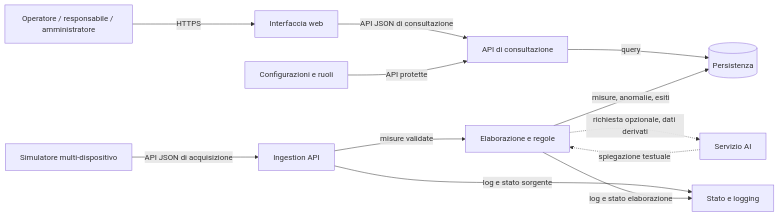
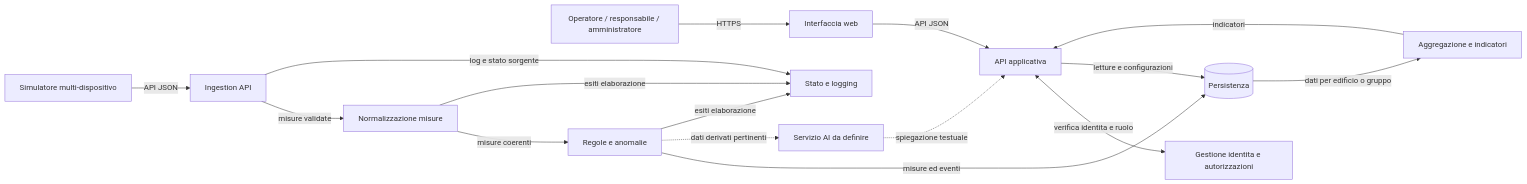
Before and after one commit to RickdoMasco/EnergyMonitor_UF14: the diagram in docs/architecture-v1.md, drawn with Mermaid. The commit also changed other lines of this file, not shown here.

Commit message:
Refine architecture documentation with updated component descriptions and data flow details

````diff
--- a/docs/architecture-v1.md
+++ b/docs/architecture-v1.md
@@ -42,14 +36,18 @@
 ```mermaid
 flowchart LR
-  Operatore[Operatore / responsabile / amministratore] -->|HTTPS| Web[Interfaccia web]
-  Web -->|API JSON di consultazione| ReadAPI[API di consultazione]
-  ReadAPI -->|query| DB[(Persistenza)]
-  Sim[Simulatore multi-dispositivo] -->|API JSON di acquisizione| Ingest[Ingestion API]
-  Ingest -->|misure validate| Process[Elaborazione e regole]
-  Process -->|misure, anomalie, esiti| DB
-  Admin[Configurazioni e ruoli] -->|API protette| ReadAPI
-  Process -.->|richiesta opzionale, dati derivati| AI[Servizio AI]
-  AI -.->|spiegazione testuale| Process
+  Users[Operatore / responsabile / amministratore] -->|HTTPS| Web[Interfaccia web]
+  Web -->|API JSON| AppAPI[API applicativa]
+  AppAPI <-->|verifica identita e ruolo| IAM[Gestione identita e autorizzazioni]
+  AppAPI -->|letture e configurazioni| DB[(Persistenza)]
+  Sim[Simulatore multi-dispositivo] -->|API JSON| Ingest[Ingestion API]
+  Ingest -->|misure validate| Normalize[Normalizzazione misure]
+  Normalize -->|misure coerenti| Rules[Regole e anomalie]
+  Rules -->|misure ed eventi| DB
+  DB -->|dati per edificio o gruppo| Aggregate[Aggregazione e indicatori]
+  Aggregate -->|indicatori| AppAPI
+  Rules -.->|dati derivati pertinenti| AI[Servizio AI da definire]
+  AI -.->|spiegazione testuale| AppAPI
   Ingest -->|log e stato sorgente| Ops[Stato e logging]
-  Process -->|log e stato elaborazione| Ops
+  Normalize -->|esiti elaborazione| Ops
+  Rules -->|esiti elaborazione| Ops
 ```
````
